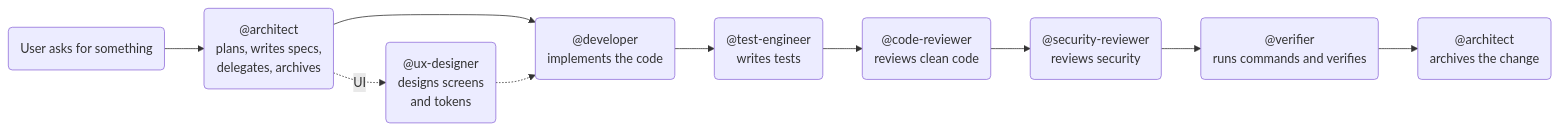
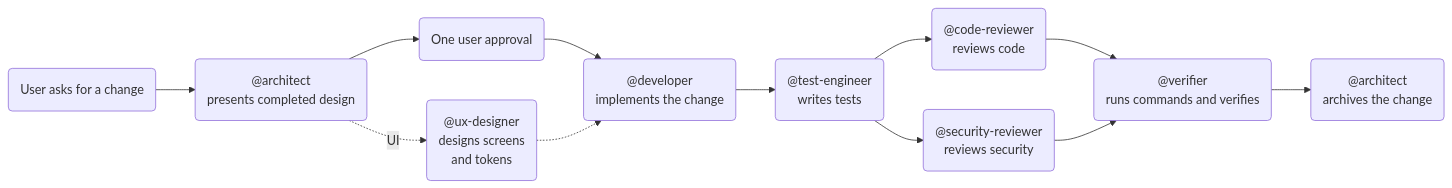
Before and after one commit to aortizsm/openspec-multiagent: the diagram in README.md, drawn with Mermaid. The commit also changed other lines of this file and 56 other files, not shown here.

````diff
--- a/README.md
+++ b/README.md
@@ -34,22 +37,24 @@
 ```mermaid
 flowchart LR
-    A("User asks for something")
-    B("@architect<br/>plans, writes specs,<br/>delegates, archives")
-    C("@developer<br/>implements the code")
-    D("@test-engineer<br/>writes tests")
-    E("@code-reviewer<br/>reviews clean code")
-    F("@security-reviewer<br/>reviews security")
-    G("@verifier<br/>runs commands and verifies")
-    H("@architect<br/>archives the change")
+    A("User asks for a change")
+    B("@architect<br/>presents completed design")
+    C("One user approval")
+    D("@developer<br/>implements the change")
+    E("@test-engineer<br/>writes tests")
+    F("@code-reviewer<br/>reviews code")
+    G("@security-reviewer<br/>reviews security")
+    H("@verifier<br/>runs commands and verifies")
+    I("@architect<br/>archives the change")
 
     A --> B
-    B --> C
-    C --> D
+    B --> C --> D
     D --> E
     E --> F
-    F --> G
+    E --> G
+    F --> H
     G --> H
+    H --> I
 
     B -.-> |UI| U("@ux-designer<br/>designs screens<br/>and tokens")
-    U -.-> C
+    U -.-> D
 ```
````
